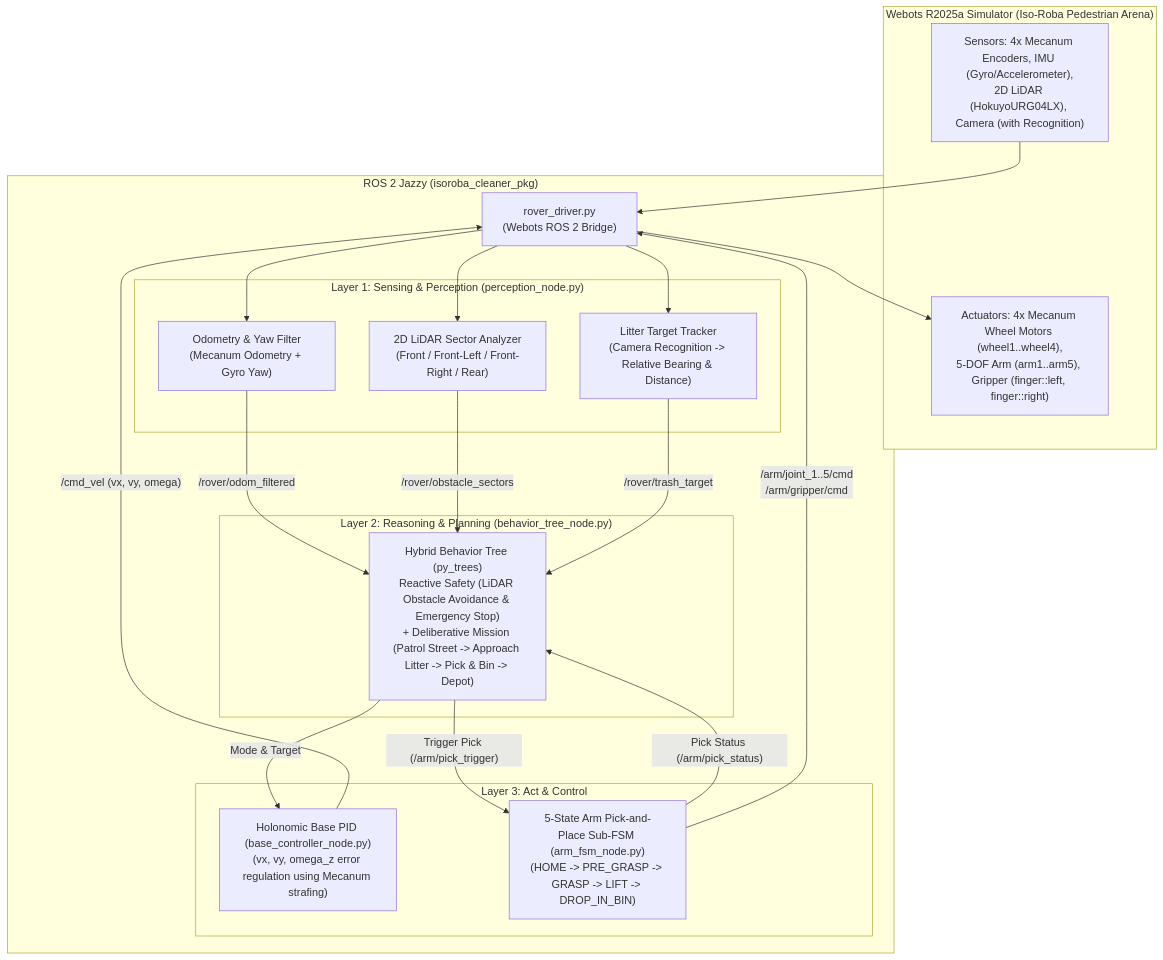
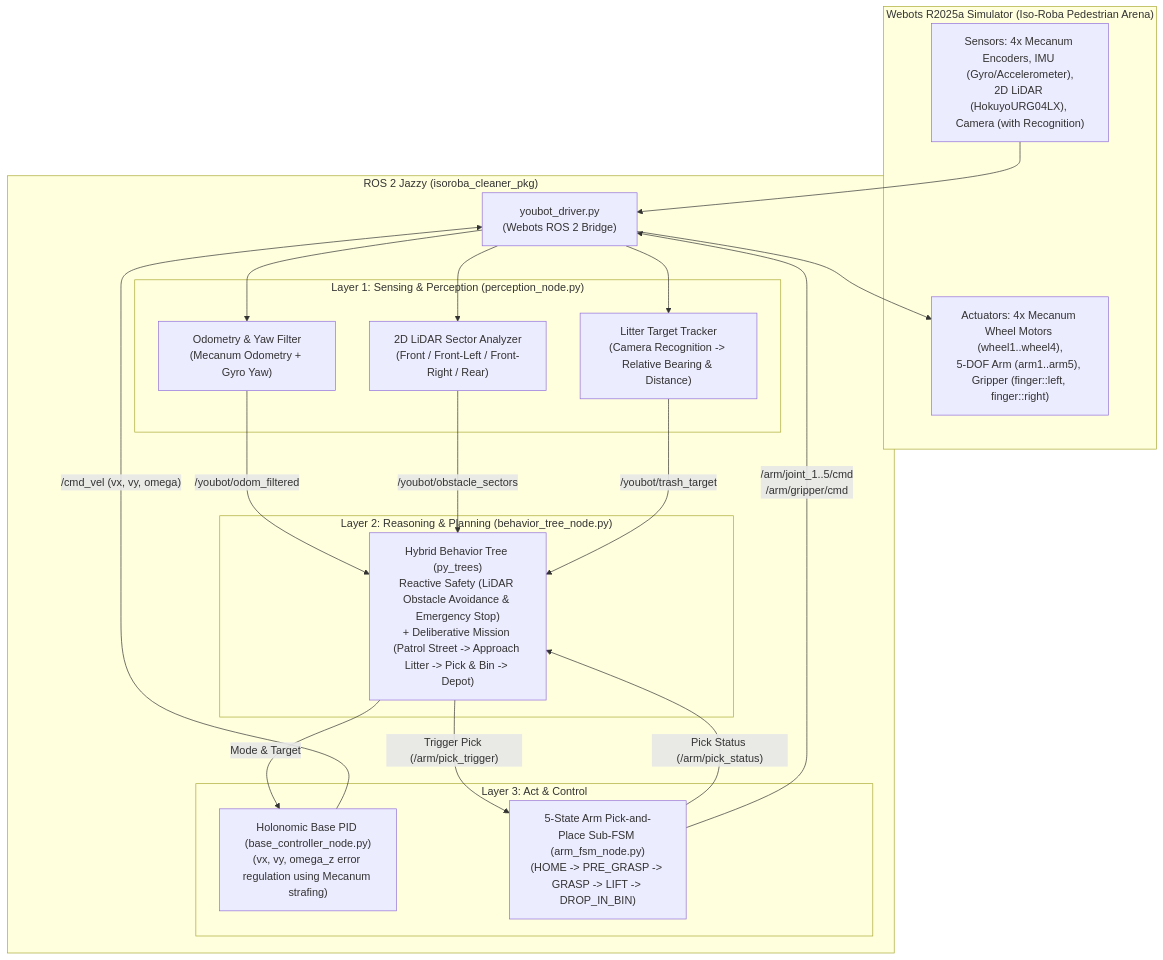
The diagram in docs/ARCHITECTURE.md (nissev/TEKS4430_Autumn-2026_project), drawn with Mermaid before and after one commit. The commit also changed other lines of this file and 3 other files, not shown here.

````diff
--- a/docs/ARCHITECTURE.md
+++ b/docs/ARCHITECTURE.md
@@ -21,43 +21,43 @@
 ```mermaid
 flowchart TD
     subgraph Webots["Webots R2025a Simulator (Iso-Roba Pedestrian Arena)"]
         Sensors["Sensors: 4x Mecanum Encoders, IMU (Gyro/Accelerometer),\n2D LiDAR (HokuyoURG04LX), Camera (with Recognition)"]
         Actuators["Actuators: 4x Mecanum Wheel Motors (wheel1..wheel4),\n5-DOF Arm (arm1..arm5), Gripper (finger::left, finger::right)"]
     end
 
     subgraph ROS2["ROS 2 Jazzy (isoroba_cleaner_pkg)"]
-        Driver["rover_driver.py\n(Webots ROS 2 Bridge)"]
+        Driver["youbot_driver.py\n(Webots ROS 2 Bridge)"]
 
         subgraph Layer1["Layer 1: Sensing & Perception (perception_node.py)"]
             OdomFilter["Odometry & Yaw Filter\n(Mecanum Odometry + Gyro Yaw)"]
             LidarProc["2D LiDAR Sector Analyzer\n(Front / Front-Left / Front-Right / Rear)"]
             CamRec["Litter Target Tracker\n(Camera Recognition -> Relative Bearing & Distance)"]
         end
 
         subgraph Layer2["Layer 2: Reasoning & Planning (behavior_tree_node.py)"]
             BT["Hybrid Behavior Tree (py_trees)\nReactive Safety (LiDAR Obstacle Avoidance & Emergency Stop)\n+ Deliberative Mission (Patrol Street -> Approach Litter -> Pick & Bin -> Depot)"]
         end
 
         subgraph Layer3["Layer 3: Act & Control"]
             BasePID["Holonomic Base PID (base_controller_node.py)\n(vx, vy, omega_z error regulation using Mecanum strafing)"]
             ArmFSM["5-State Arm Pick-and-Place Sub-FSM (arm_fsm_node.py)\n(HOME -> PRE_GRASP -> GRASP -> LIFT -> DROP_IN_BIN)"]
         end
     end
 
     Sensors --> Driver
     Driver --> OdomFilter
     Driver --> LidarProc
     Driver --> CamRec
 
-    OdomFilter -->|"/rover/odom_filtered"| BT
-    LidarProc -->|"/rover/obstacle_sectors"| BT
-    CamRec -->|"/rover/trash_target"| BT
+    OdomFilter -->|"/youbot/odom_filtered"| BT
+    LidarProc -->|"/youbot/obstacle_sectors"| BT
+    CamRec -->|"/youbot/trash_target"| BT
 
     BT -->|"Mode & Target"| BasePID
     BT -->|"Trigger Pick (/arm/pick_trigger)"| ArmFSM
     ArmFSM -->|"Pick Status (/arm/pick_status)"| BT
 
     BasePID -->|"/cmd_vel (vx, vy, omega)"| Driver
     ArmFSM -->|"/arm/joint_1..5/cmd\n/arm/gripper/cmd"| Driver
     Driver --> Actuators
 ```
````
